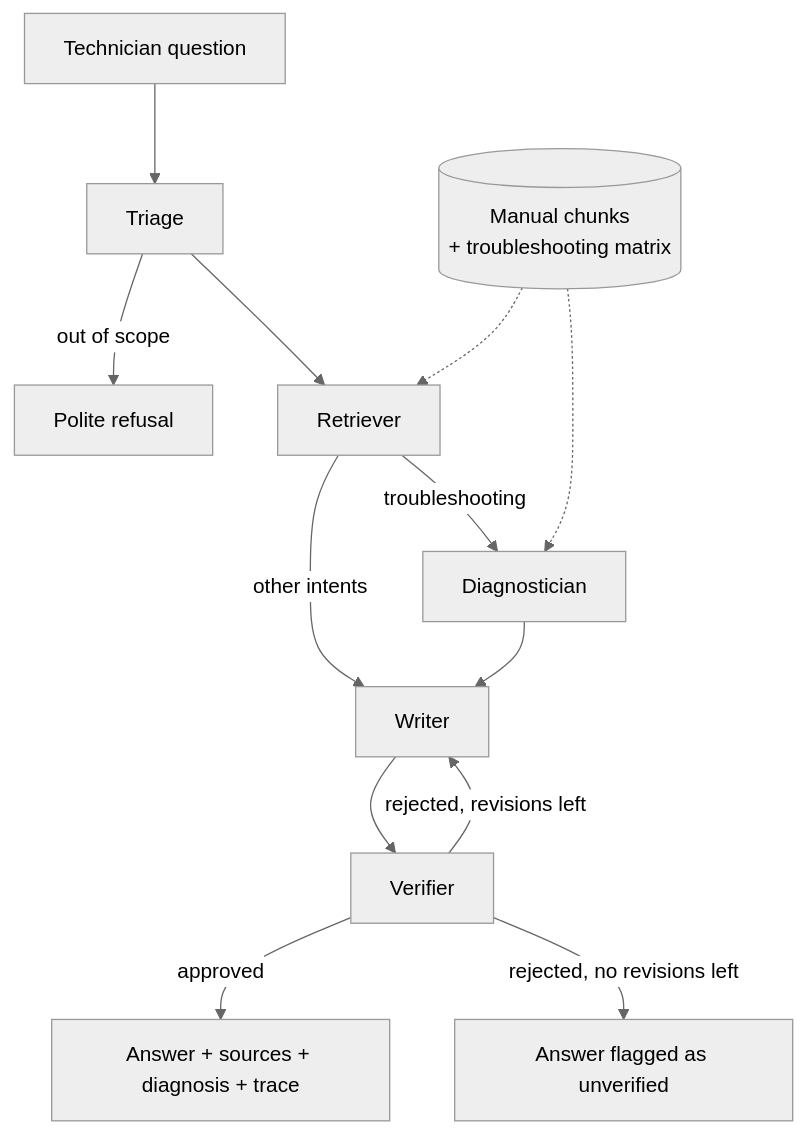
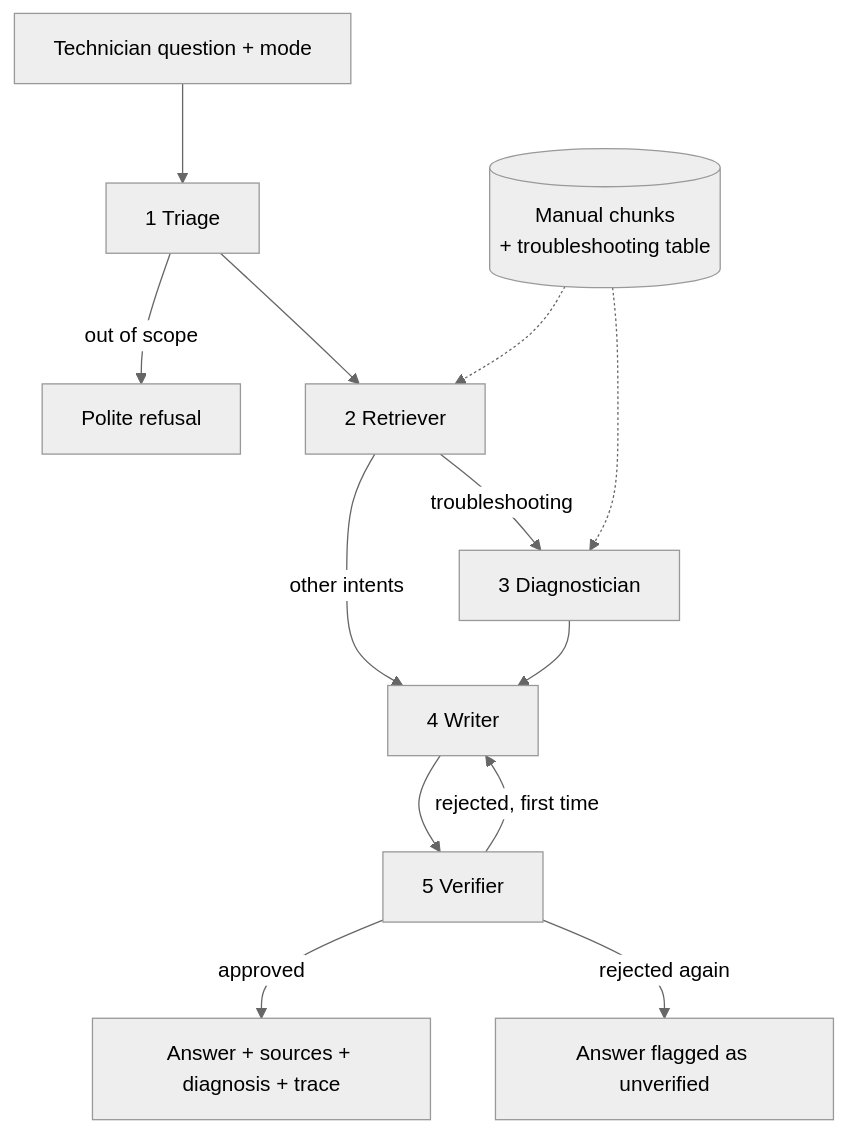
The first of 2 diagrams in docs/ARCHITECTURE.md (joanvaquer/fluidra), drawn with Mermaid (neutral theme) before and after one commit. The commit also changed other lines of this file and 25 other files, not shown here.

````diff
--- a/docs/ARCHITECTURE.md
+++ b/docs/ARCHITECTURE.md
@@ -23,15 +38,15 @@
 ```mermaid
 flowchart TD
-    Q[Technician question] --> T[Triage]
+    Q[Technician question + mode] --> T[1 Triage]
     T -- out of scope --> R0[Polite refusal]
-    T --> RET[Retriever]
-    RET -- troubleshooting --> D[Diagnostician]
-    RET -- other intents --> W[Writer]
+    T --> RET[2 Retriever]
+    RET -- troubleshooting --> D[3 Diagnostician]
+    RET -- other intents --> W[4 Writer]
     D --> W
-    W --> V[Verifier]
-    V -- rejected, revisions left --> W
+    W --> V[5 Verifier]
+    V -- rejected, first time --> W
     V -- approved --> A[Answer + sources + diagnosis + trace]
-    V -- rejected, no revisions left --> AU[Answer flagged as unverified]
-    KB[(Manual chunks<br/>+ troubleshooting matrix)] -.-> RET
+    V -- rejected again --> AU[Answer flagged as unverified]
+    KB[(Manual chunks<br/>+ troubleshooting table)] -.-> RET
     KB -.-> D
 ```
````
